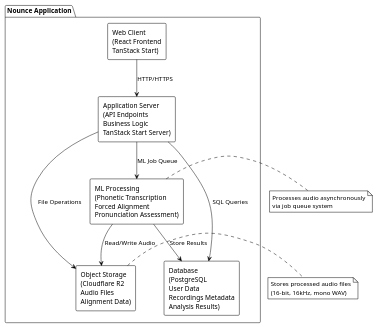
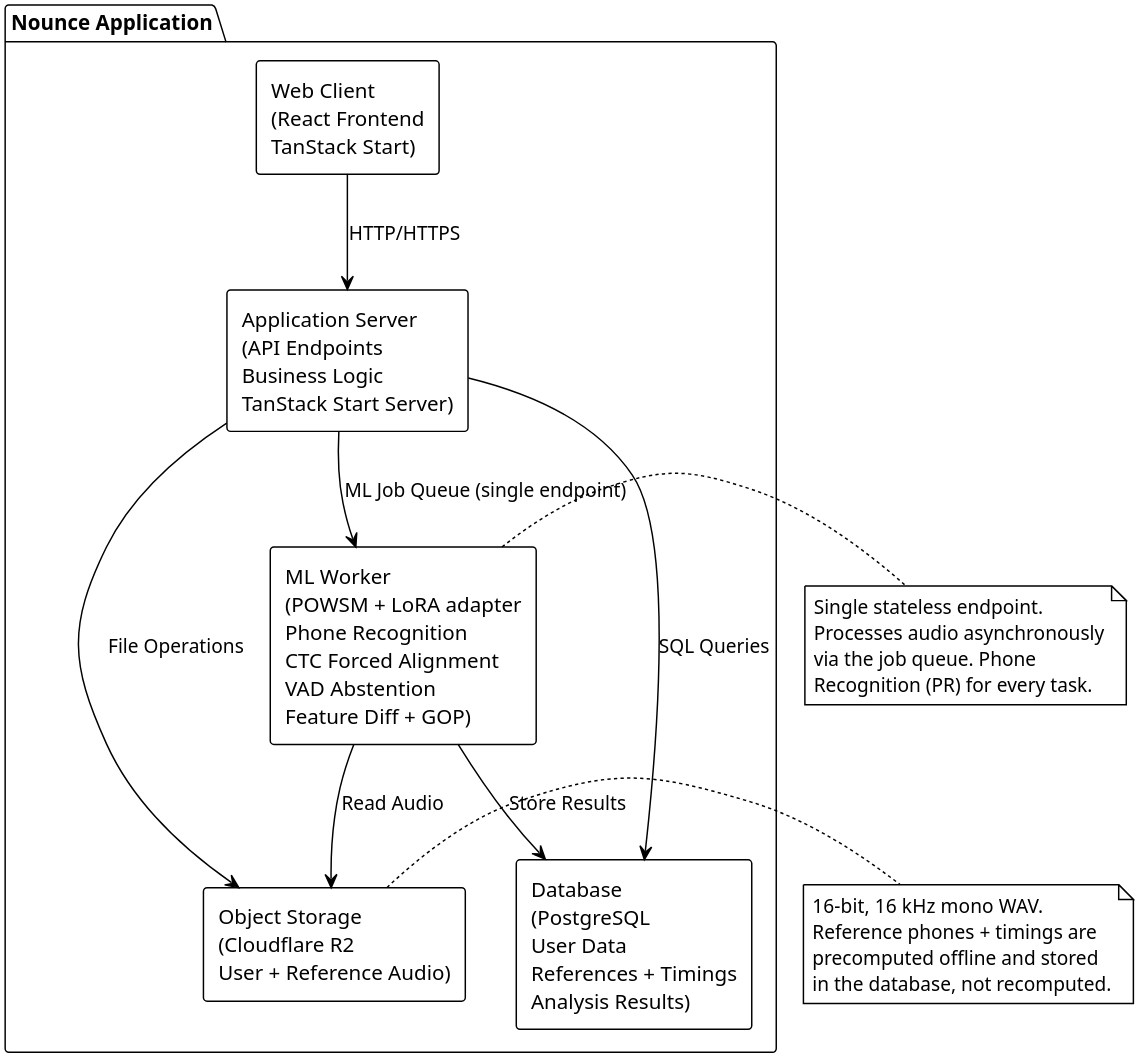
The diagram in doc/report/diagrams/system-design.puml (umitcan07/senior), drawn with PlantUML before and after one commit. The commit also changed 40 other files, not shown here.

```diff
--- a/doc/report/diagrams/system-design.puml
+++ b/doc/report/diagrams/system-design.puml
@@ -1,35 +1,40 @@
 @startuml
 !theme plain
 skinparam componentStyle rectangle
+skinparam dpi 300
 
 package "Nounce Application" {
   component "Web Client\n(React Frontend\nTanStack Start)" as Client
-  
+
   component "Application Server\n(API Endpoints\nBusiness Logic\nTanStack Start Server)" as Server
-  
-  component "ML Processing\n(Phonetic Transcription\nForced Alignment\nPronunciation Assessment)" as GPU
-  
-  component "Database\n(PostgreSQL\nUser Data\nRecordings Metadata\nAnalysis Results)" as DB
-  
-  component "Object Storage\n(Cloudflare R2\nAudio Files\nAlignment Data)" as Storage
+
+  component "ML Worker\n(POWSM + LoRA adapter\nPhone Recognition\nCTC Forced Alignment\nVAD Abstention\nFeature Diff + GOP)" as GPU
+
+  component "Database\n(PostgreSQL\nUser Data\nReferences + Timings\nAnalysis Results)" as DB
+
+  component "Object Storage\n(Cloudflare R2\nUser + Reference Audio)" as Storage
 }
 
 ' Connections
 Client --> Server : HTTP/HTTPS
 Server --> DB : SQL Queries
 Server --> Storage : File Operations
-Server --> GPU : ML Job Queue
-GPU --> Storage : Read/Write Audio
+Server --> GPU : ML Job Queue (single endpoint)
+GPU --> Storage : Read Audio
 GPU --> DB : Store Results
 
 note right of GPU
+  Single stateless endpoint.
   Processes audio asynchronously
-  via job queue system
+  via the job queue. Phone
+  Recognition (PR) for every task.
 end note
 
 note right of Storage
-  Stores processed audio files
-  (16-bit, 16kHz, mono WAV)
+  16-bit, 16 kHz mono WAV.
+  Reference phones + timings are
+  precomputed offline and stored
+  in the database, not recomputed.
 end note
 
 @enduml
```
